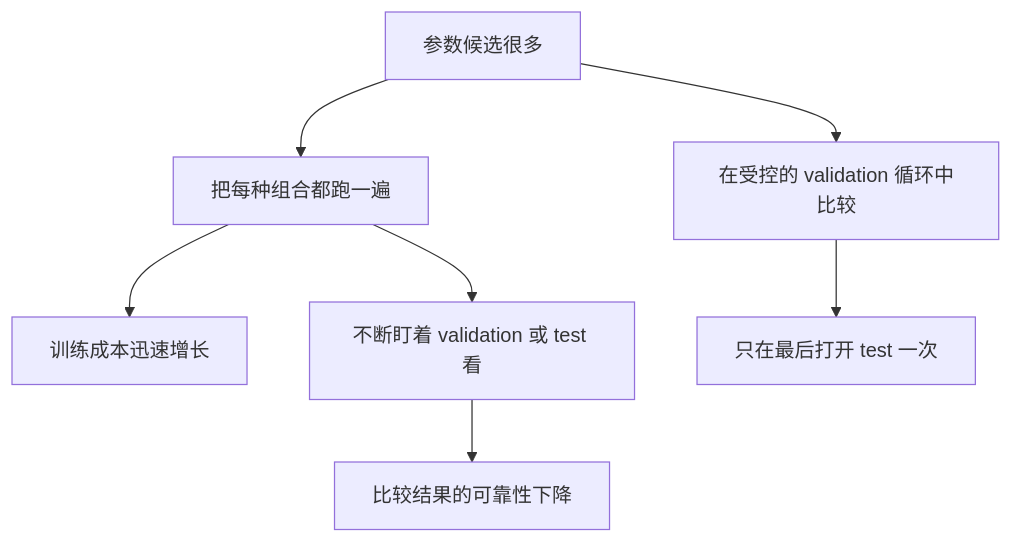
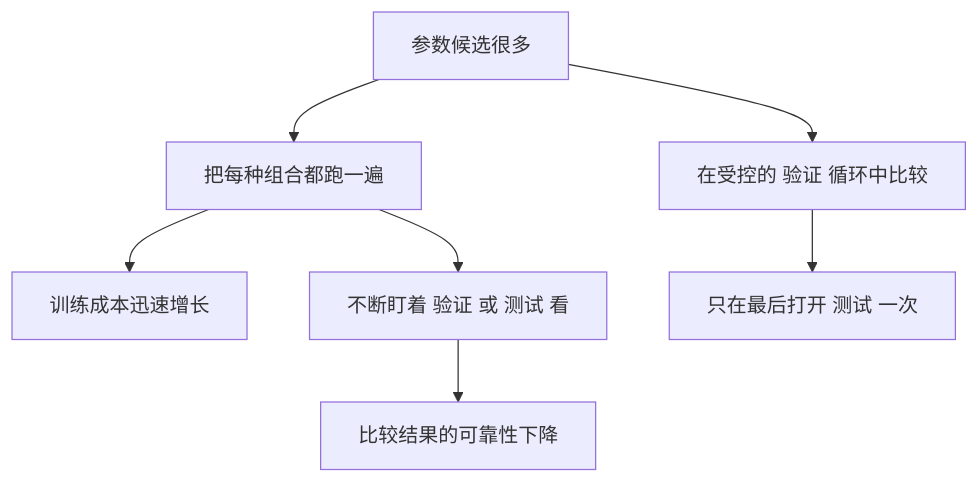
The diagram in docs/assets/part-04/chapter-09/p4-9-2-mermaid-04-zh.mmd (devchan64/AiBook), drawn with Mermaid before and after one commit. The commit also changed 87 other files, not shown here.

Commit message:
Refine Part 4 Korean and Chinese diagram localization

```diff
--- a/docs/assets/part-04/chapter-09/p4-9-2-mermaid-04-zh.mmd
+++ b/docs/assets/part-04/chapter-09/p4-9-2-mermaid-04-zh.mmd
@@ -1,12 +1,12 @@
 flowchart TD
   A["参数候选很多"]
   B["把每种组合都跑一遍"]
   C["训练成本迅速增长"]
-  D["不断盯着 validation 或 test 看"]
+  D["不断盯着 验证 或 测试 看"]
   E["比较结果的可靠性下降"]
-  F["在受控的 validation 循环中比较"]
-  G["只在最后打开 test 一次"]
+  F["在受控的 验证 循环中比较"]
+  G["只在最后打开 测试 一次"]
 
   A --> B --> C
   B --> D --> E
   A --> F --> G
```
